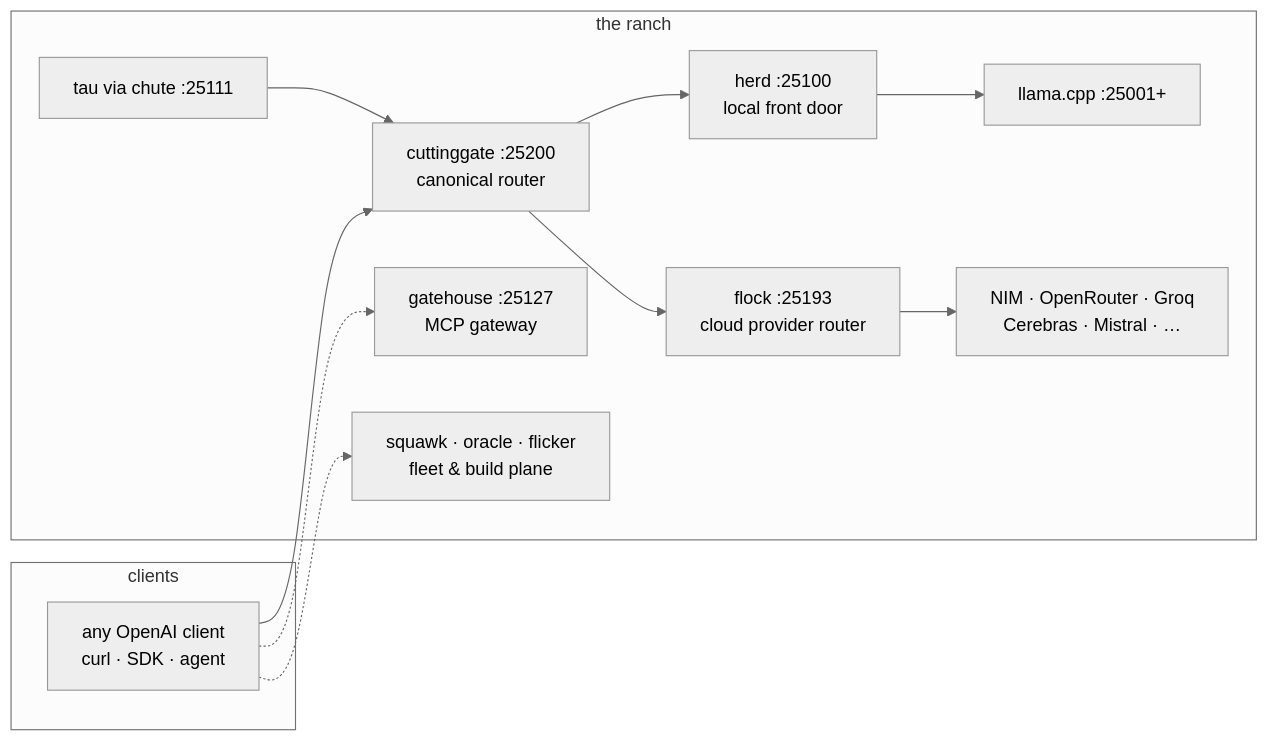
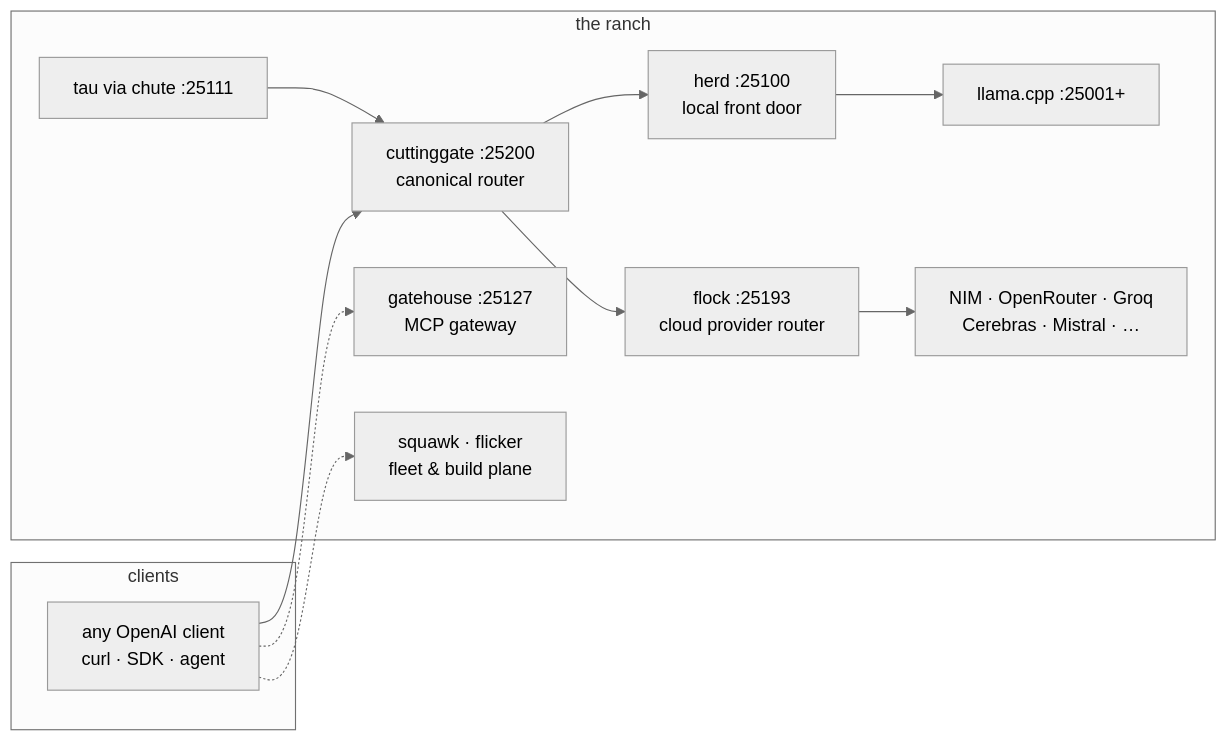
One commit to toxicwind/ranch changed the diagram in README.md. Above: the diagram before and after it, drawn with Mermaid (neutral theme). The commit also changed other lines of this file, not shown here.

First line of the commit message:
docs: oracle moved to toxicwind/squawk; add repo topology section

````diff
--- a/README.md
+++ b/README.md
@@ -150,24 +153,24 @@
 ```mermaid
 flowchart LR
     subgraph clients["clients"]
         A["any OpenAI client<br/>curl · SDK · agent"]
     end
     subgraph ranch["the ranch"]
         CG["cuttinggate :25200<br/>canonical router"]
         HERD["herd :25100<br/>local front door"]
         FLOCK["flock :25193<br/>cloud provider router"]
         ENG["llama.cpp :25001+"]
         CLOUD["NIM · OpenRouter · Groq<br/>Cerebras · Mistral · …"]
         TAU["tau via chute :25111"]
         GH["gatehouse :25127<br/>MCP gateway"]
-        SUP["squawk · oracle · flicker<br/>fleet & build plane"]
+        SUP["squawk · flicker<br/>fleet & build plane"]
     end
     A --> CG
     TAU --> CG
     CG --> HERD
     CG --> FLOCK
     HERD --> ENG
     FLOCK --> CLOUD
     A -.-> GH
     A -.-> SUP
 ```
````
